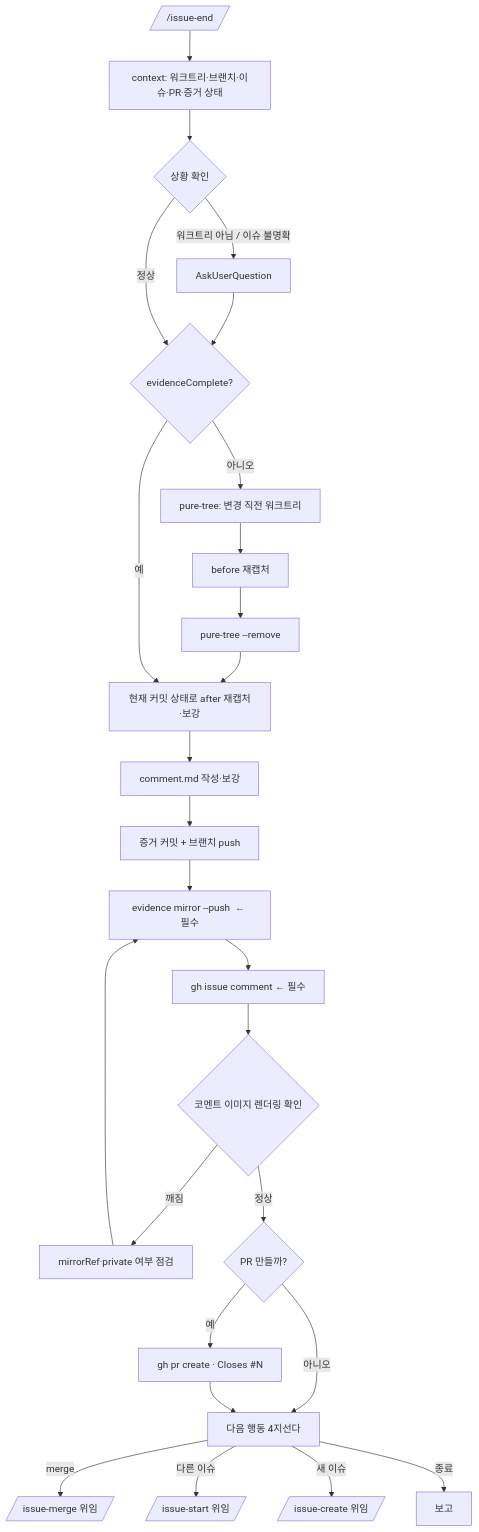
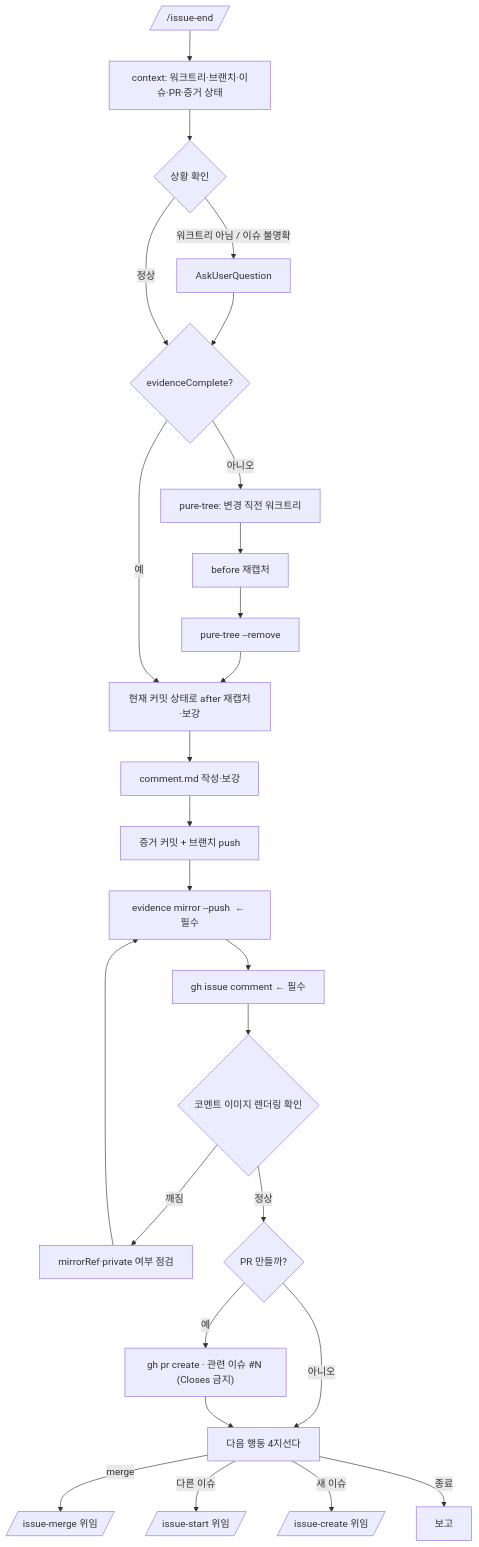
The diagram in .claude/skills/issue-end/SKILL.md (Mineru98/skills-store), drawn with Mermaid before and after one commit. The commit also changed other lines of this file and 9 other files, not shown here.

````diff
--- a/.claude/skills/issue-end/SKILL.md
+++ b/.claude/skills/issue-end/SKILL.md
@@ -57,26 +57,26 @@
 ```mermaid
 flowchart TD
     A[/"/issue-end"/] --> B[context: 워크트리·브랜치·이슈·PR·증거 상태]
     B --> C{상황 확인}
     C -- 워크트리 아님 / 이슈 불명확 --> C1[AskUserQuestion] --> D
     C -- 정상 --> D{evidenceComplete?}
 
     D -- 아니오 --> E1[pure-tree: 변경 직전 워크트리]
     E1 --> E2[before 재캡처] --> E3[pure-tree --remove] --> F
     D -- 예 --> F[현재 커밋 상태로 after 재캡처·보강]
 
     F --> G[comment.md 작성·보강]
     G --> H[증거 커밋 + 브랜치 push]
     H --> I["evidence mirror --push  ← 필수"]
     I --> J["gh issue comment  ← 필수"]
     J --> K{코멘트 이미지 렌더링 확인}
     K -- 깨짐 --> K1[mirrorRef·private 여부 점검] --> I
     K -- 정상 --> L{PR 만들까?}
-    L -- 예 --> M[gh pr create · Closes #N]
+    L -- 예 --> M["gh pr create · 관련 이슈 #N (Closes 금지)"]
     L -- 아니오 --> N
     M --> N[다음 행동 4지선다]
     N -->|merge| O[/issue-merge 위임/]
     N -->|다른 이슈| P[/issue-start 위임/]
     N -->|새 이슈| Q[/issue-create 위임/]
     N -->|종료| R[보고]
 ```
````
